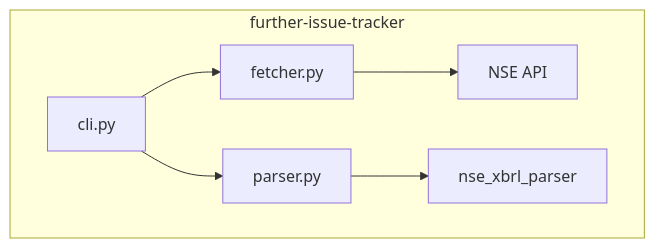
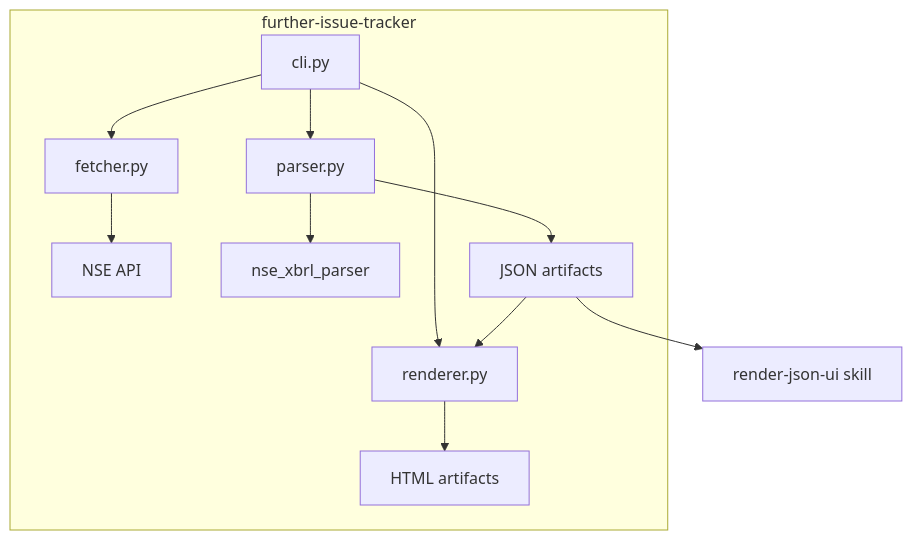
The diagram in .context/ARCHITECTURE.md (eggmasonvalue/further-issue-tracker), drawn with Mermaid before and after one commit. The commit also changed 14 other files, not shown here.

Commit message:
Add static renderer for root JSON artifacts

````diff
--- a/.context/ARCHITECTURE.md
+++ b/.context/ARCHITECTURE.md
@@ -3,13 +3,20 @@
 ```mermaid
 graph TD
     subgraph further-issue-tracker
         cli[cli.py]
         fetcher[fetcher.py]
         parser[parser.py]
+        renderer[renderer.py]
         
         cli --> fetcher
         cli --> parser
+        cli --> renderer
         fetcher --> nse[NSE API]
         parser --> nsexbrl[nse_xbrl_parser]
+        parser --> json[JSON artifacts]
+        renderer --> html[HTML artifacts]
     end
+
+    json --> renderer
+    json --> skill[render-json-ui skill]
 ```
````
